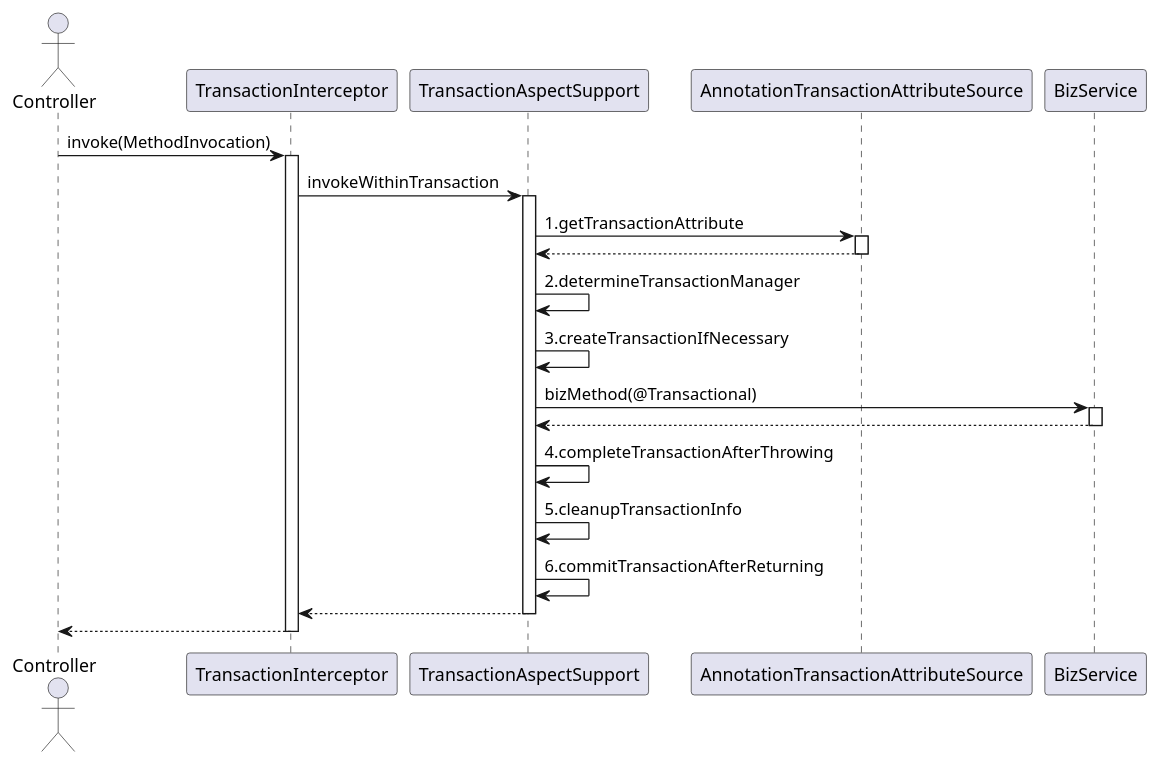
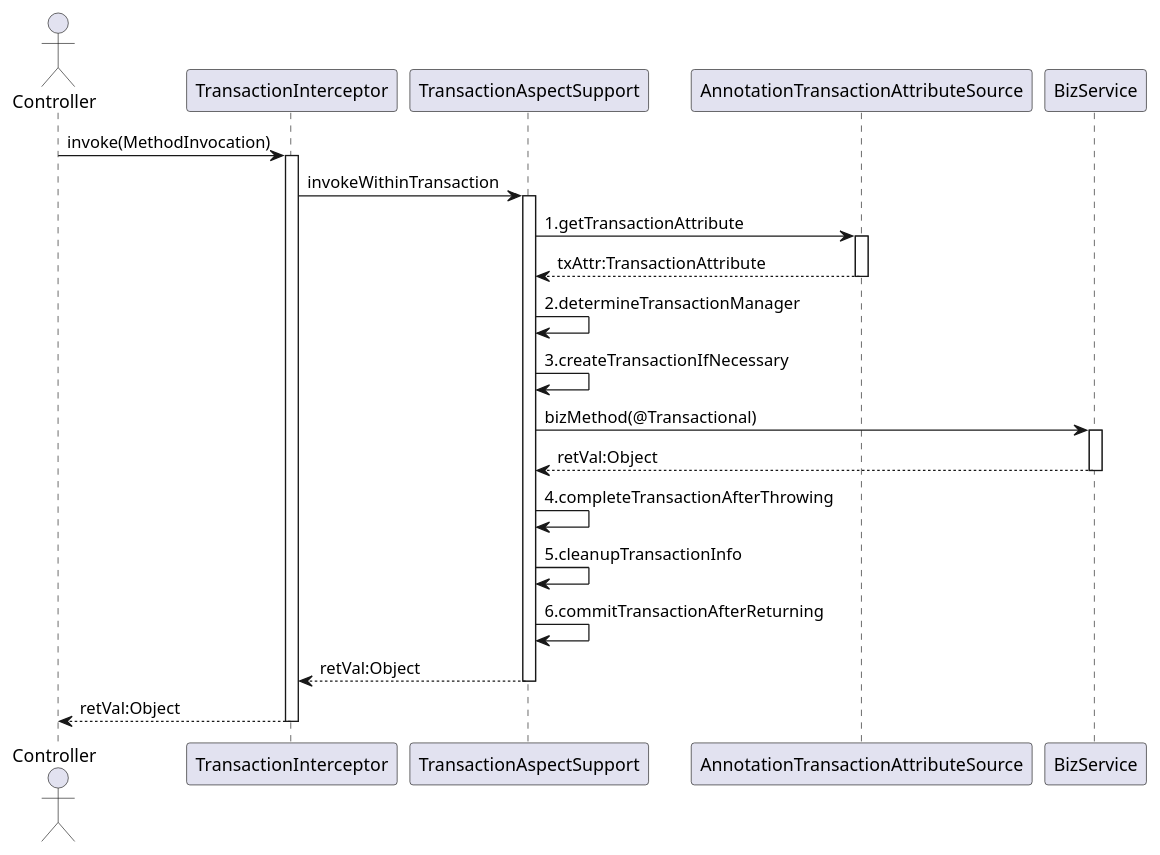
Before and after one commit to bingowangzhb/springframework-samples: the diagram in doc/transaction/sequence/0.TransactionInterceptor-outline.puml, drawn with PlantUML. The commit also changed 2 other files, not shown here.

```diff
--- a/doc/transaction/sequence/0.TransactionInterceptor-outline.puml
+++ b/doc/transaction/sequence/0.TransactionInterceptor-outline.puml
@@ -1,23 +1,23 @@
 @startuml
 actor Controller as A
 participant TransactionInterceptor as C
 participant TransactionAspectSupport as D
 participant AnnotationTransactionAttributeSource as E
 participant BizService as F
 
 
 A -> C ++ : invoke(MethodInvocation)
     C -> D ++ : invokeWithinTransaction
         D -> E ++ : 1.getTransactionAttribute
-        return
+        return txAttr:TransactionAttribute
         D -> D : 2.determineTransactionManager
         D -> D : 3.createTransactionIfNecessary
         D -> F ++ : bizMethod(@Transactional)
-        return
+        return retVal:Object
         D -> D : 4.completeTransactionAfterThrowing
         D -> D : 5.cleanupTransactionInfo
         D -> D : 6.commitTransactionAfterReturning
-    return
-return
+    return retVal:Object
+return retVal:Object
 
 @enduml
```
